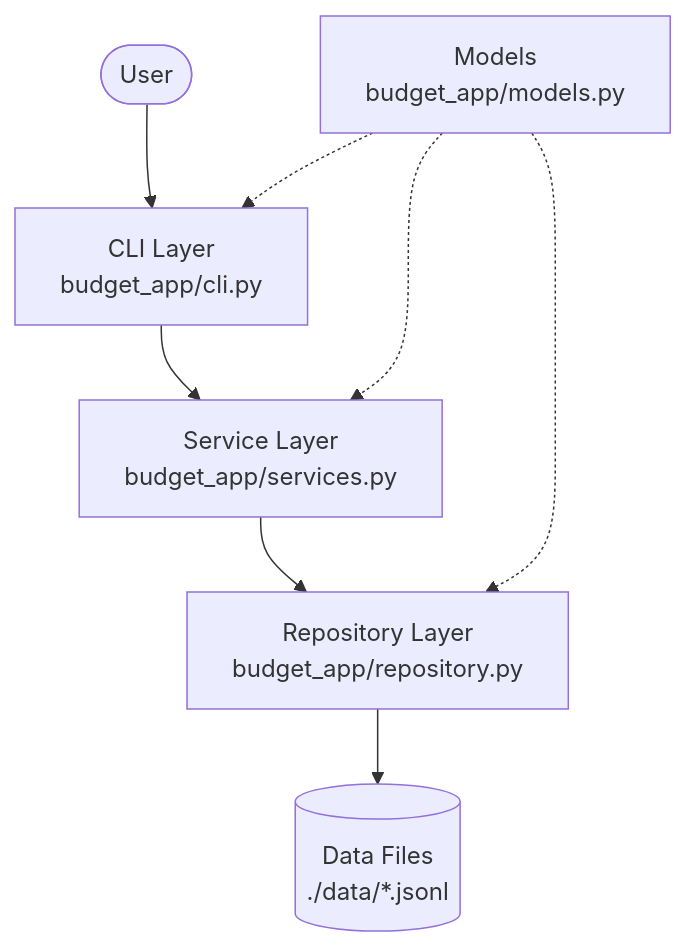
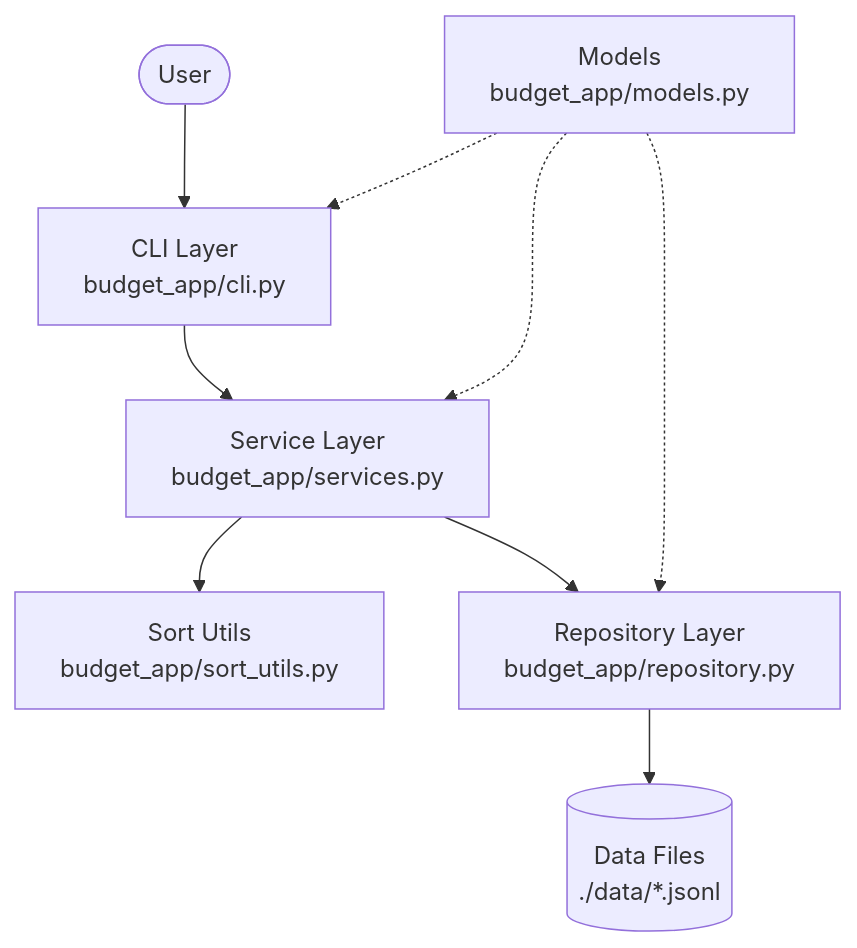
Before and after one commit to ChoMyeongHwan/console-pocket-book: the diagram in docs/learning/01_layered_architecture.md, drawn with Mermaid. The commit also changed other lines of this file and 6 other files, not shown here.

````diff
--- a/docs/learning/01_layered_architecture.md
+++ b/docs/learning/01_layered_architecture.md
@@ -38,11 +39,12 @@
 ```mermaid
 flowchart TD
     User([User]) --> CLI[CLI Layer\nbudget_app/cli.py]
     CLI --> Service[Service Layer\nbudget_app/services.py]
+    Service --> Sort[Sort Utils\nbudget_app/sort_utils.py]
     Service --> Repo[Repository Layer\nbudget_app/repository.py]
     Repo --> Data[(Data Files\n./data/*.jsonl)]
     
     Models[Models\nbudget_app/models.py] -.-> CLI
     Models -.-> Service
     Models -.-> Repo
 ```
````
